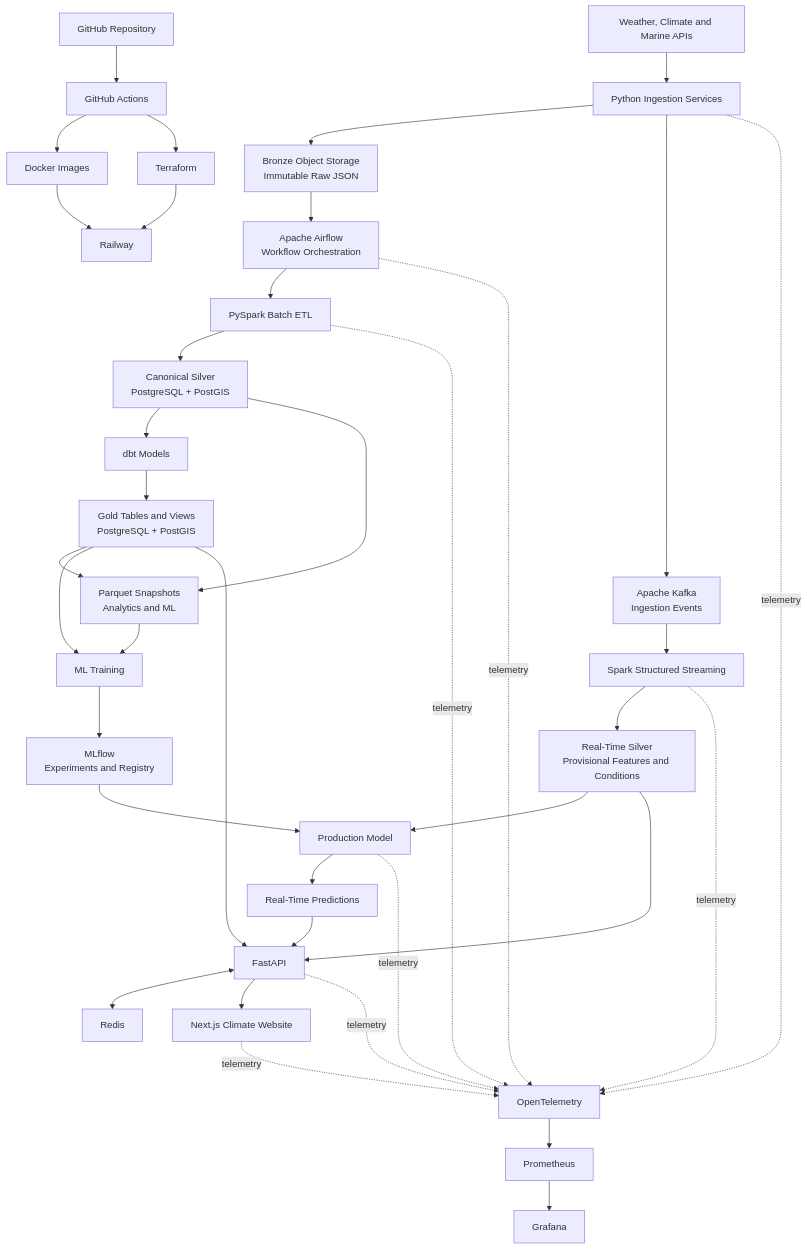
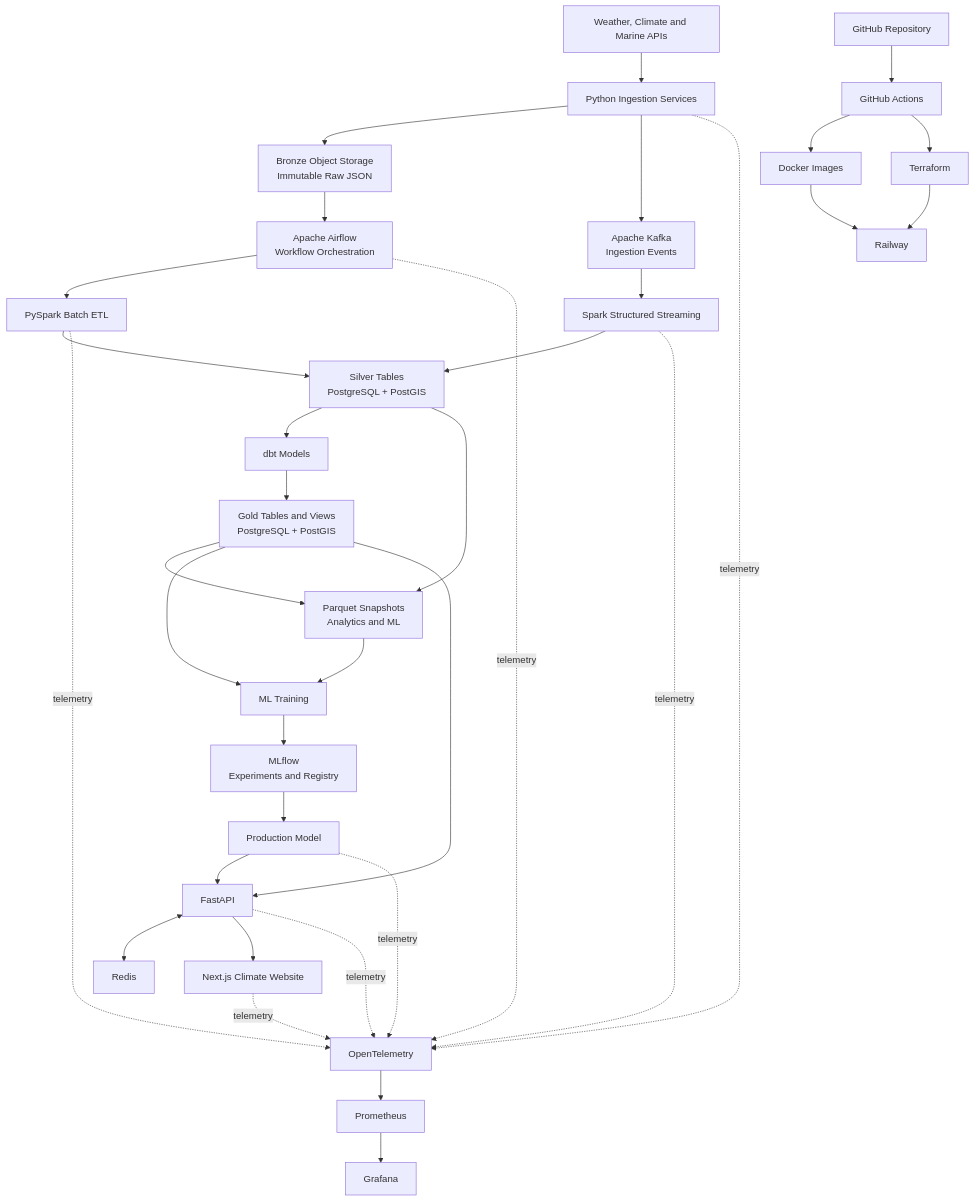
The diagram in docs/architecture/overview.md (MrTommyt/clima-santa-marta), drawn with Mermaid before and after one commit.

Commit message:
docs: update diagram with latest decisions

```diff
--- a/docs/architecture/overview.md
+++ b/docs/architecture/overview.md
@@ -25,16 +25,13 @@
     Bronze["Bronze Object Storage<br/>Immutable Raw JSON"]
     Kafka["Apache Kafka<br/>Ingestion Events"]
 
-    %% Real-time path
+    %% Processing
     SparkStreaming["Spark Structured Streaming"]
-    RealtimeSilver["Real-Time Silver<br/>Provisional Features and Conditions"]
-
-    %% Canonical batch path
     Airflow["Apache Airflow<br/>Workflow Orchestration"]
     SparkBatch["PySpark Batch ETL"]
-    CanonicalSilver["Canonical Silver<br/>PostgreSQL + PostGIS"]
 
-    %% Analytical layer
+    %% Storage and analytical layer
+    Silver["Silver Tables<br/>PostgreSQL + PostGIS"]
     dbt["dbt Models"]
     Gold["Gold Tables and Views<br/>PostgreSQL + PostGIS"]
     Parquet["Parquet Snapshots<br/>Analytics and ML"]
@@ -43,7 +40,6 @@
     MLTraining["ML Training"]
     MLflow["MLflow<br/>Experiments and Registry"]
     Model["Production Model"]
-    Predictions["Real-Time Predictions"]
 
     %% Application
     API["FastAPI"]
@@ -67,20 +63,20 @@
     Ingestion --> Bronze
     Ingestion --> Kafka
 
-    %% Real-time processing
+    %% Streaming path
     Kafka --> SparkStreaming
-    SparkStreaming --> RealtimeSilver
+    SparkStreaming --> Silver
 
-    %% Canonical processing
+    %% Batch path
     Bronze --> Airflow
     Airflow --> SparkBatch
-    SparkBatch --> CanonicalSilver
+    SparkBatch --> Silver
 
     %% Analytical transformations
-    CanonicalSilver --> dbt
+    Silver --> dbt
     dbt --> Gold
 
-    CanonicalSilver --> Parquet
+    Silver --> Parquet
     Gold --> Parquet
 
     %% Model training and registration
@@ -89,14 +85,9 @@
     MLTraining --> MLflow
     MLflow --> Model
 
-    %% Real-time inference
-    RealtimeSilver --> Model
-    Model --> Predictions
-
     %% Application serving
     Gold --> API
-    RealtimeSilver --> API
-    Predictions --> API
+    Model --> API
     API <--> Cache
     API --> Web
 
```
